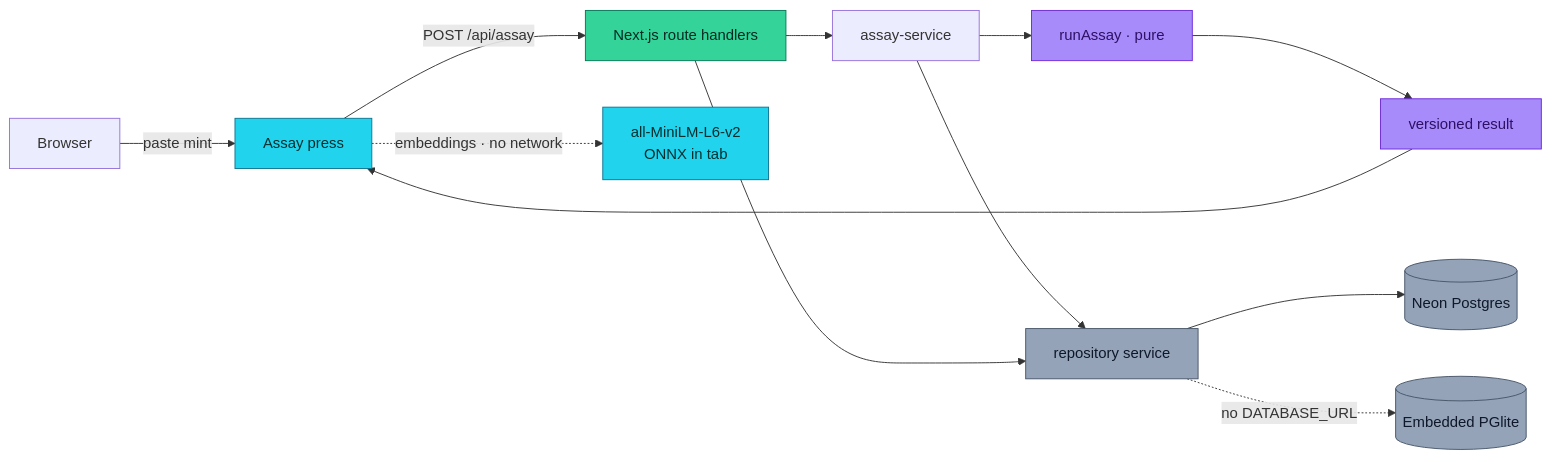
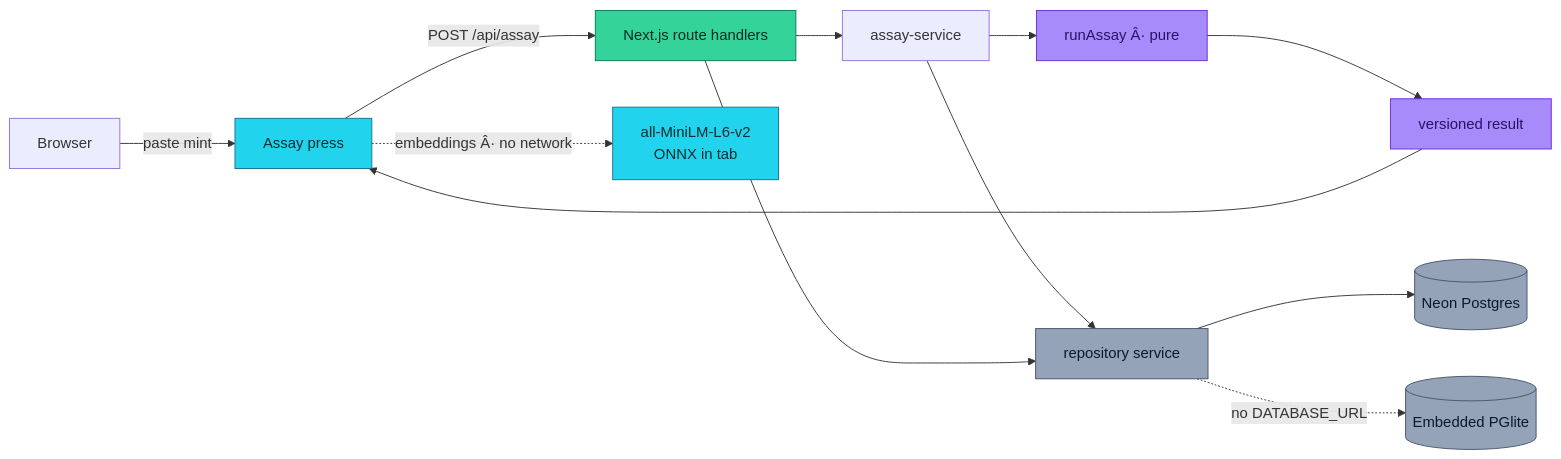
One commit to aniruddhaadak80/mintline changed the first of 8 diagrams in README.md. Above: the diagram before and after it, drawn with Mermaid. The commit also changed other lines of this file and 3 other files, not shown here.

````diff
--- a/README.md
+++ b/README.md
@@ -243,23 +243,23 @@
 ```mermaid
 graph LR
   Browser["Browser"] -->|paste mint| Press["Assay press"]
   Press -->|POST /api/assay| Route["Next.js route handlers"]
   Route --> Service["assay-service"]
-  Service --> Engine["runAssay · pure"]
+  Service --> Engine["runAssay Â· pure"]
   Service --> Repo["repository service"]
   Route --> Repo
   Repo --> Neon[("Neon Postgres")]
   Repo -.->|"no DATABASE_URL"| PGlite[("Embedded PGlite")]
-  Press -.->|"embeddings · no network"| Model["all-MiniLM-L6-v2<br/>ONNX in tab"]
+  Press -.->|"embeddings Â· no network"| Model["all-MiniLM-L6-v2<br/>ONNX in tab"]
   Engine --> Score["versioned result"]
   Score --> Press
 
   classDef live fill:#22d3ee,stroke:#0e7490,color:#042f2e
   classDef eng fill:#a78bfa,stroke:#6d28d9,color:#2e1065
   classDef store fill:#94a3b8,stroke:#475569,color:#0f172a
   classDef agent fill:#34d399,stroke:#047857,color:#022c22
   class Model,Press live
   class Engine,Score eng
   class Neon,PGlite,Repo store
   class Route agent
 ```
````
